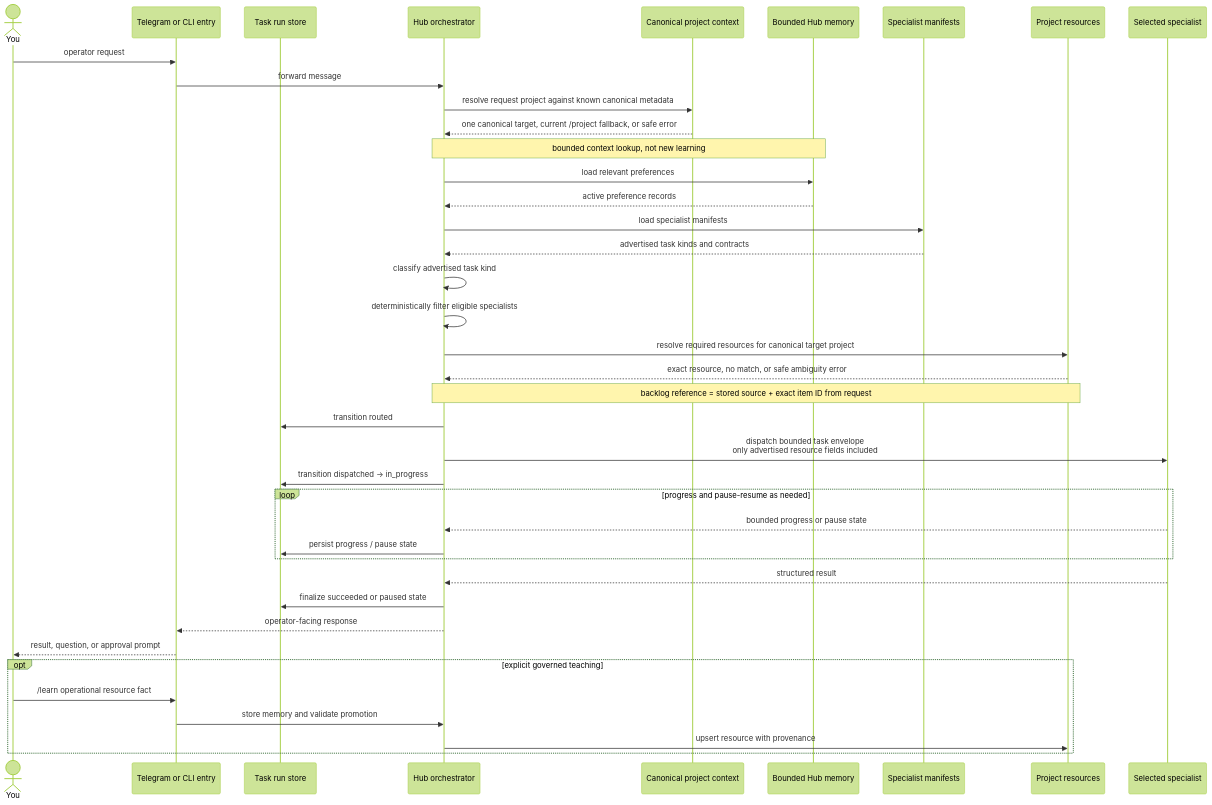
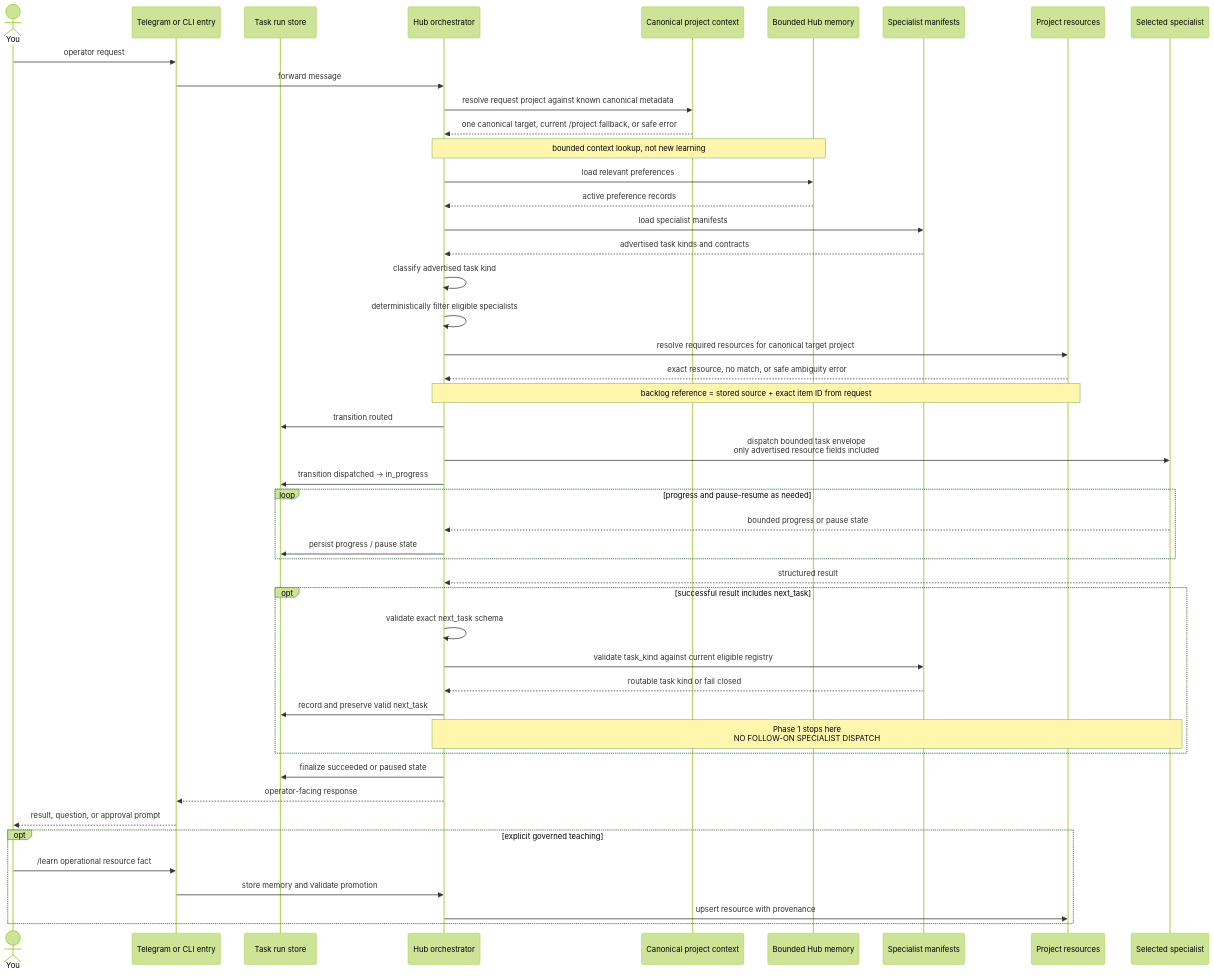
The diagram in docs/diagrams/05-HUB-ROUTING.mmd (robvoto/agent-hub), drawn with Mermaid (forest theme) before and after one commit. The commit also changed 5 other files, not shown here.

Commit message:
fix: gate next_task on successful results

```diff
--- a/docs/diagrams/05-HUB-ROUTING.mmd
+++ b/docs/diagrams/05-HUB-ROUTING.mmd
@@ -1,46 +1,53 @@
 sequenceDiagram
     actor You
     participant Bot as Telegram or CLI entry
     participant Runs as Task run store
     participant Orch as Hub orchestrator
     participant Ctx as Canonical project context
     participant Mem as Bounded Hub memory
     participant Reg as Specialist manifests
     participant Res as Project resources
     participant Agent as Selected specialist
 
     You->>Bot: operator request
     Bot->>Orch: forward message
     Orch->>Ctx: resolve request project against known canonical metadata
     Ctx-->>Orch: one canonical target, current /project fallback, or safe error
 
     Note over Orch,Mem: bounded context lookup, not new learning
     Orch->>Mem: load relevant preferences
     Mem-->>Orch: active preference records
 
     Orch->>Reg: load specialist manifests
     Reg-->>Orch: advertised task kinds and contracts
 
     Orch->>Orch: classify advertised task kind
     Orch->>Orch: deterministically filter eligible specialists
     Orch->>Res: resolve required resources for canonical target project
     Res-->>Orch: exact resource, no match, or safe ambiguity error
     Note over Orch,Res: backlog reference = stored source + exact item ID from request
     Orch->>Runs: transition routed
     Orch->>Agent: dispatch bounded task envelope<br/>only advertised resource fields included
     Orch->>Runs: transition dispatched -> in_progress
 
     loop progress and pause-resume as needed
         Agent-->>Orch: bounded progress or pause state
         Orch->>Runs: persist progress / pause state
     end
     Agent-->>Orch: structured result
+    opt successful result includes next_task
+        Orch->>Orch: validate exact next_task schema
+        Orch->>Reg: validate task_kind against current eligible registry
+        Reg-->>Orch: routable task kind or fail closed
+        Orch->>Runs: record and preserve valid next_task
+        Note over Orch,Agent: Phase 1 stops here<br/>NO FOLLOW-ON SPECIALIST DISPATCH
+    end
     Orch->>Runs: finalize succeeded or paused state
     Orch-->>Bot: operator-facing response
     Bot-->>You: result, question, or approval prompt
 
     opt explicit governed teaching
         You->>Bot: /learn operational resource fact
         Bot->>Orch: store memory and validate promotion
         Orch->>Res: upsert resource with provenance
     end
```
